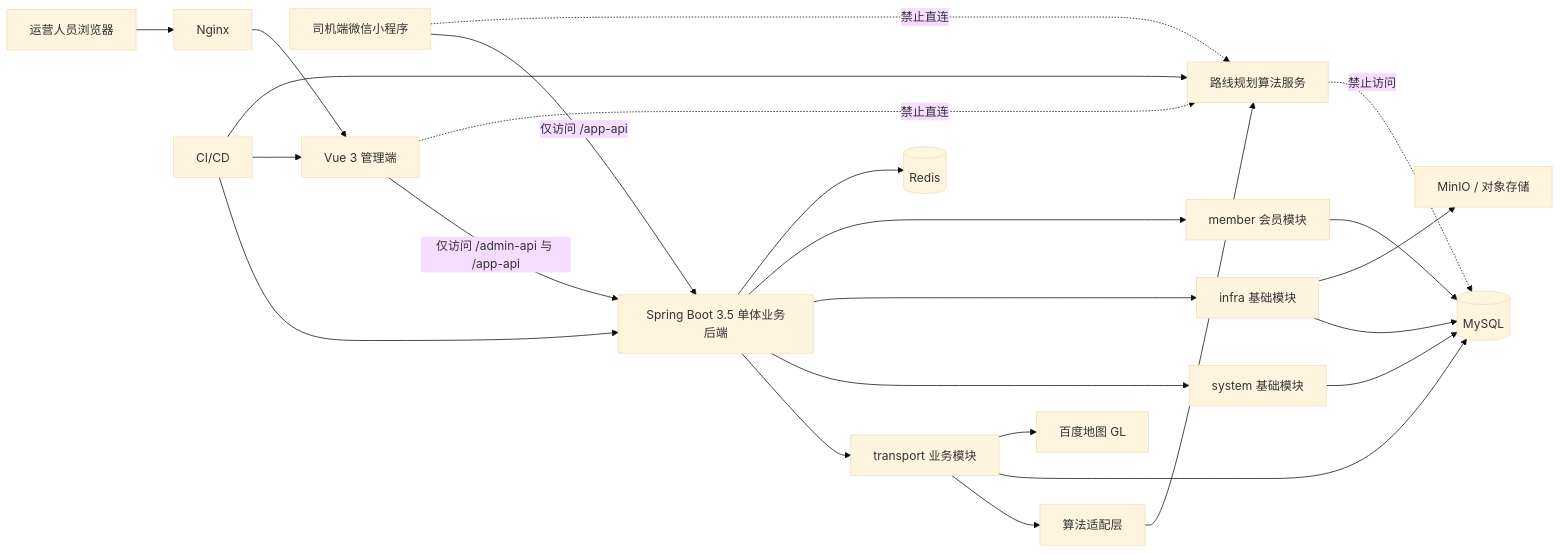
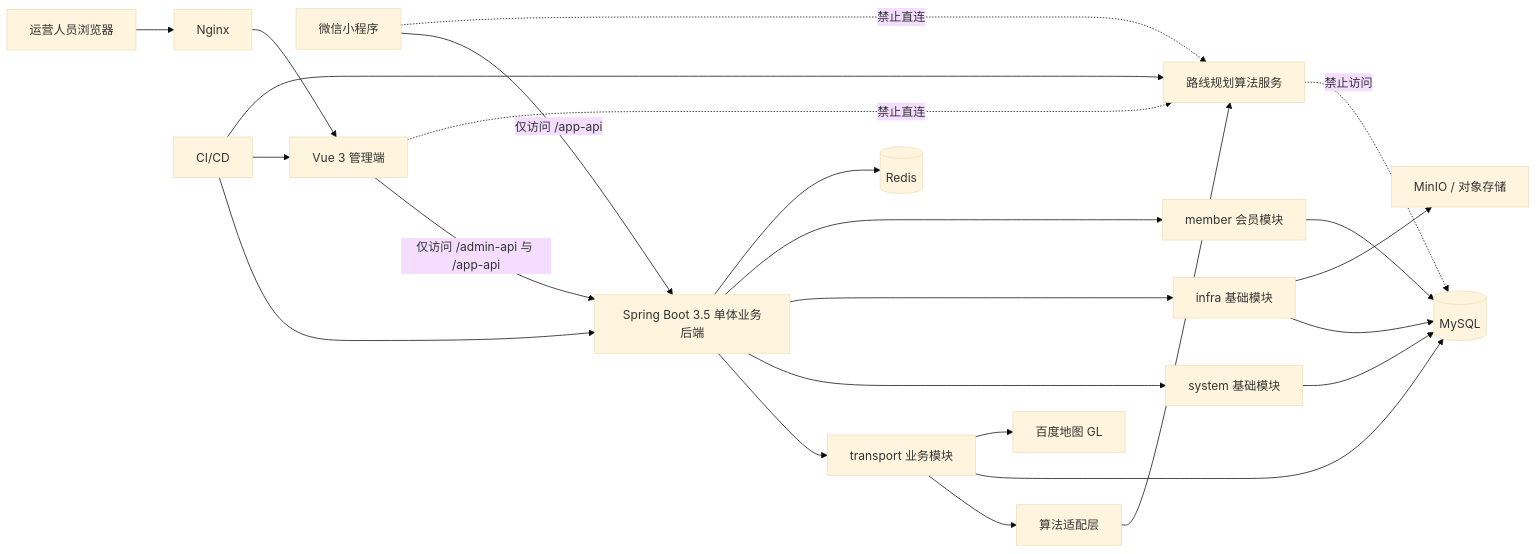
One commit to cgp-team/cargo-post-platform changed the diagram in docs/architecture.md. Above: the diagram before and after it, drawn with Mermaid (base theme). The commit also changed other lines of this file and 6 other files, not shown here.

````diff
--- a/docs/architecture.md
+++ b/docs/architecture.md
@@ -5,27 +5,27 @@
 ```mermaid
 flowchart LR
     User["运营人员浏览器"] --> Nginx["Nginx"]
-    Driver["司机端微信小程序"] -->|"仅访问 /app-api"| Backend
+    Driver["微信小程序"] -->|"仅访问 /app-api"| Backend
     Nginx --> UI["Vue 3 管理端"]
     UI -->|"仅访问 /admin-api 与 /app-api"| Backend["Spring Boot 3.5 单体业务后端"]
     Backend --> Transport["transport 业务模块"]
     Backend --> System["system 基础模块"]
     Backend --> Infra["infra 基础模块"]
     Backend --> Member["member 会员模块"]
     Transport --> Adapter["算法适配层"]
     Adapter --> Algorithm["路线规划算法服务"]
     Transport --> DB[("MySQL")]
     System --> DB
     Infra --> DB
     Member --> DB
     Backend --> Redis[("Redis")]
     Infra --> Storage["MinIO / 对象存储"]
     Transport --> Map["百度地图 GL"]
     CICD["CI/CD"] --> Backend
     CICD --> UI
     CICD --> Algorithm
 
     UI -. "禁止直连" .-> Algorithm
     Driver -. "禁止直连" .-> Algorithm
     Algorithm -. "禁止访问" .-> DB
 ```
````
